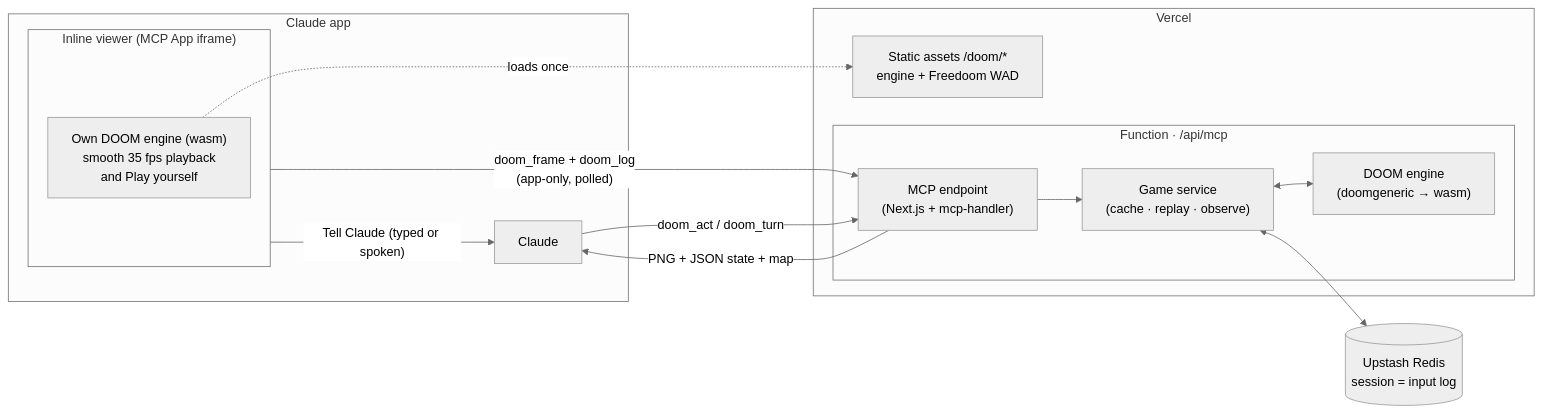
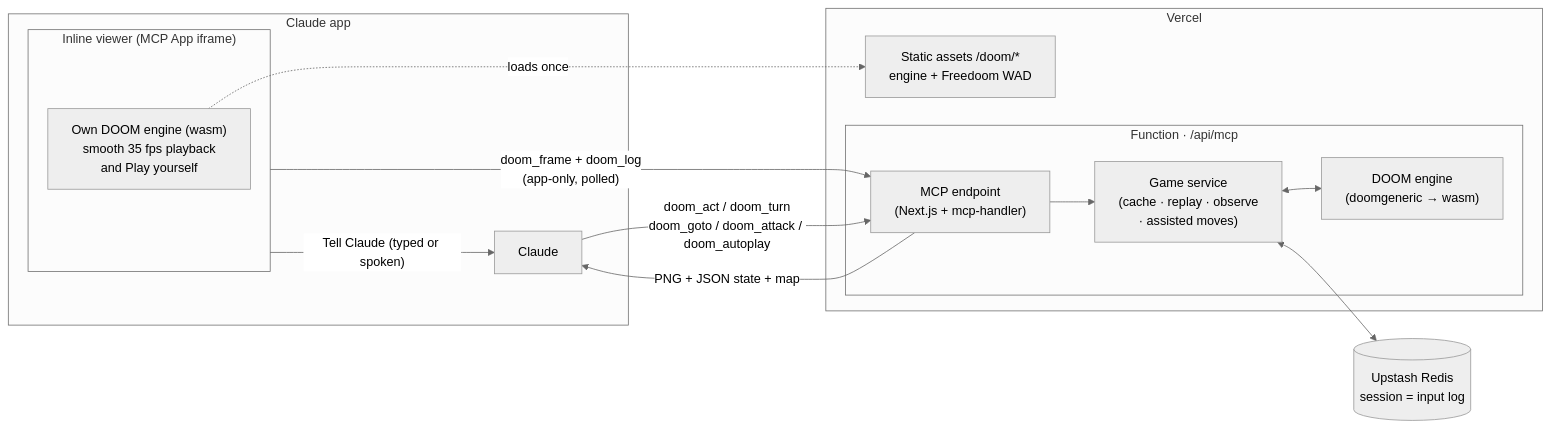
One commit to ionut85/doom-mcp-app changed the diagram in README.md. Above: the diagram before and after it, drawn with Mermaid (neutral theme). The commit also changed other lines of this file and 5 other files, not shown here.

First line of the commit message:
Docs: assisted moves and doom_autoplay in README, demo run-sheet, plan and landing page

````diff
--- a/README.md
+++ b/README.md
@@ -94,27 +94,27 @@
 ```mermaid
 flowchart LR
   subgraph app["Claude app"]
     C["Claude"]
     subgraph V["Inline viewer (MCP App iframe)"]
       VE["Own DOOM engine (wasm)<br/>smooth 35 fps playback<br/>and Play yourself"]
     end
   end
   subgraph vercel["Vercel"]
     subgraph fn["Function · /api/mcp"]
       M["MCP endpoint<br/>(Next.js + mcp-handler)"]
-      G["Game service<br/>(cache · replay · observe)"]
+      G["Game service<br/>(cache · replay · observe<br/>· assisted moves)"]
       E["DOOM engine<br/>(doomgeneric → wasm)"]
     end
     S["Static assets /doom/*<br/>engine + Freedoom WAD"]
   end
   R[("Upstash Redis<br/>session = input log")]
 
-  C -- "doom_act / doom_turn" --> M
+  C -- "doom_act / doom_turn<br/>doom_goto / doom_attack / doom_autoplay" --> M
   M -- "PNG + JSON state + map" --> C
   V -- "doom_frame + doom_log<br/>(app-only, polled)" --> M
   V -- "Tell Claude (typed or spoken)" --> C
   VE -. "loads once" .-> S
   M --> G
   G <--> E
   G <--> R
 ```
````
